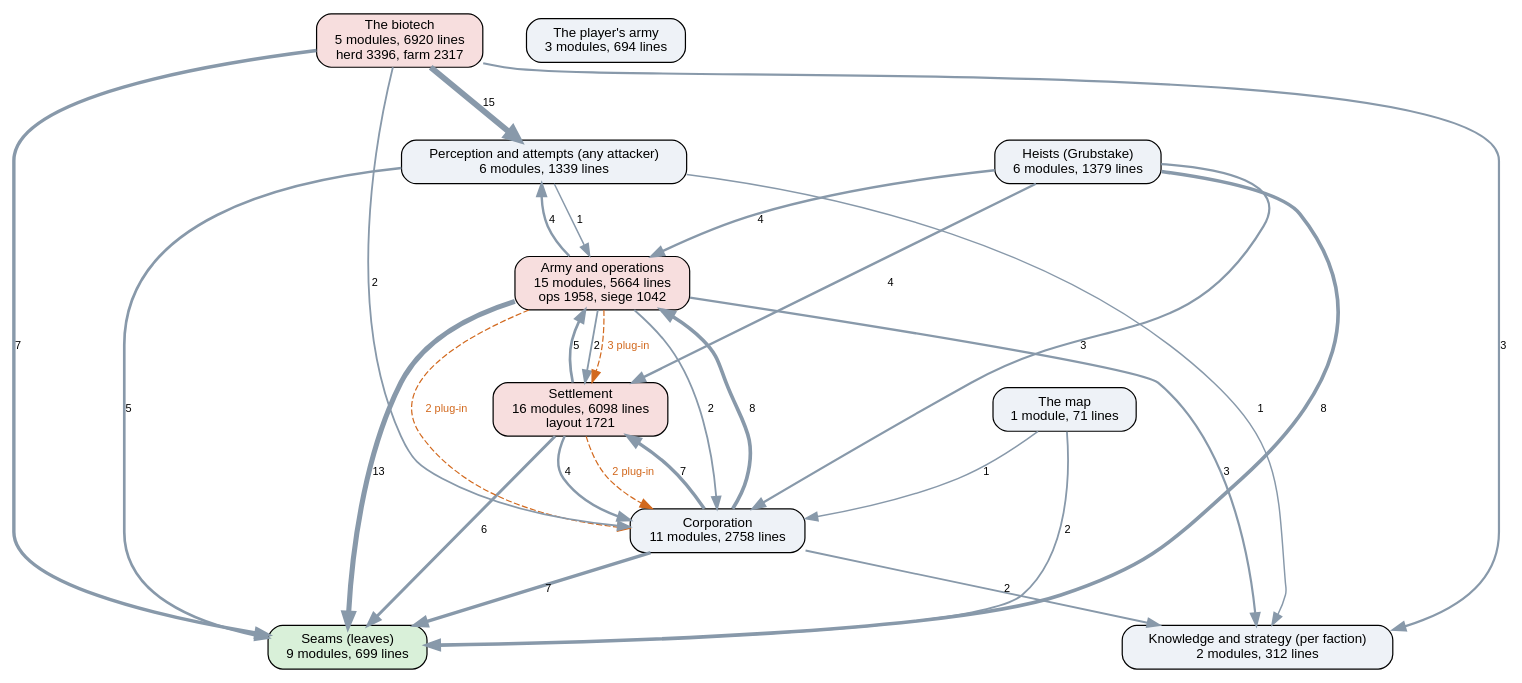
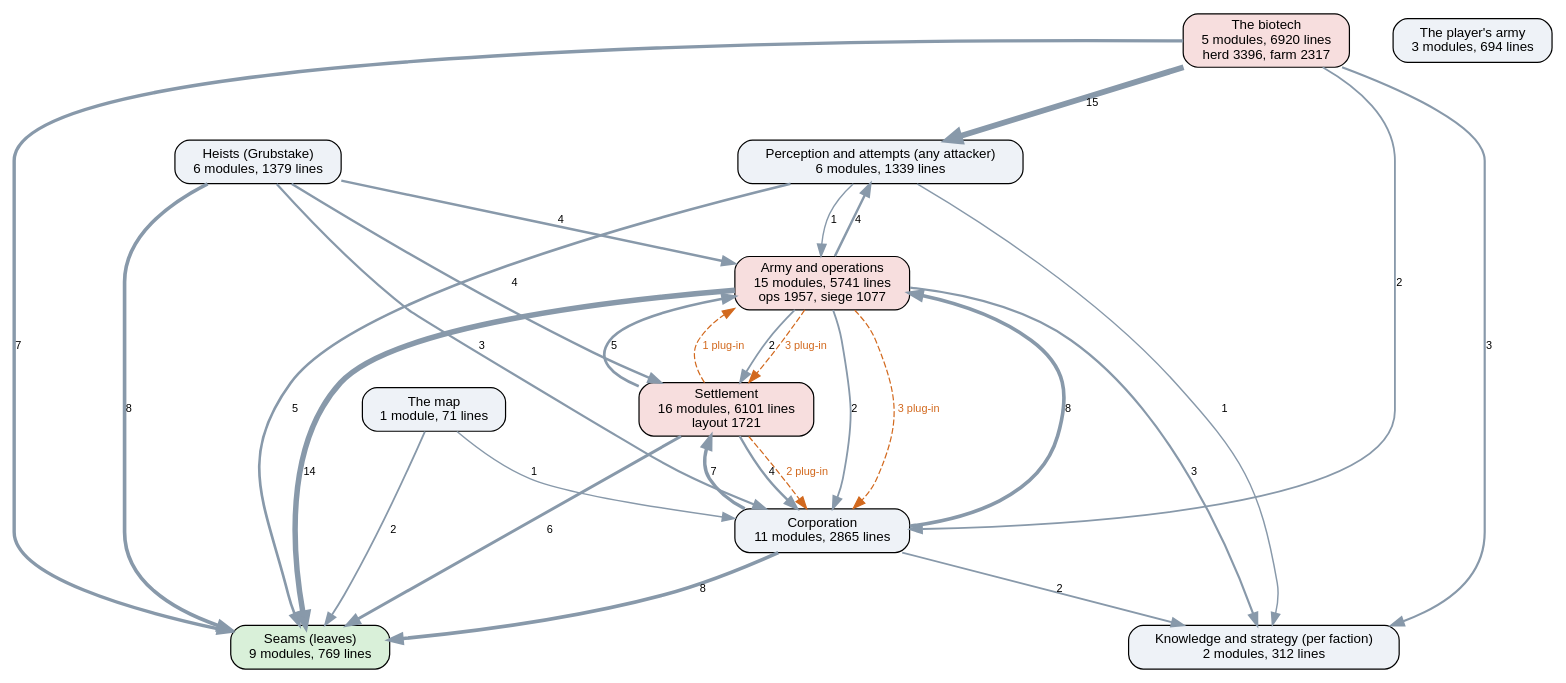
The diagram in docs/ai-layers.dot (kinelhu/landing-party), drawn with Graphviz before and after one commit. The commit also changed 18 other files, not shown here.

```diff
--- a/docs/ai-layers.dot
+++ b/docs/ai-layers.dot
@@ -1,43 +1,44 @@
 digraph layers {
   graph [rankdir=TB, fontname="Helvetica", nodesep=0.5, ranksep=0.7];
   node [shape=box, style="rounded,filled", fontname="Helvetica", fontsize=11, fillcolor="#eef2f7"];
   edge [color="#8899aa", fontname="Helvetica", fontsize=9];
-  "Seams (leaves)" [label="Seams (leaves)\n9 modules, 699 lines", fillcolor="#d9f0d9"];
+  "Seams (leaves)" [label="Seams (leaves)\n9 modules, 769 lines", fillcolor="#d9f0d9"];
   "Perception and attempts (any attacker)" [label="Perception and attempts (any attacker)\n6 modules, 1339 lines", fillcolor="#eef2f7"];
   "Knowledge and strategy (per faction)" [label="Knowledge and strategy (per faction)\n2 modules, 312 lines", fillcolor="#eef2f7"];
-  "Corporation" [label="Corporation\n11 modules, 2758 lines", fillcolor="#eef2f7"];
-  "Settlement" [label="Settlement\n16 modules, 6098 lines\nlayout 1721", fillcolor="#f7dede"];
-  "Army and operations" [label="Army and operations\n15 modules, 5664 lines\nops 1958, siege 1042", fillcolor="#f7dede"];
+  "Corporation" [label="Corporation\n11 modules, 2865 lines", fillcolor="#eef2f7"];
+  "Settlement" [label="Settlement\n16 modules, 6101 lines\nlayout 1721", fillcolor="#f7dede"];
+  "Army and operations" [label="Army and operations\n15 modules, 5741 lines\nops 1957, siege 1077", fillcolor="#f7dede"];
   "Heists (Grubstake)" [label="Heists (Grubstake)\n6 modules, 1379 lines", fillcolor="#eef2f7"];
   "The biotech" [label="The biotech\n5 modules, 6920 lines\nherd 3396, farm 2317", fillcolor="#f7dede"];
   "The map" [label="The map\n1 module, 71 lines", fillcolor="#eef2f7"];
   "The player's army" [label="The player's army\n3 modules, 694 lines", fillcolor="#eef2f7"];
   "Army and operations" -> "Corporation" [label="2", penwidth=1.5];
   "Army and operations" -> "Knowledge and strategy (per faction)" [label="3", penwidth=1.8];
   "Army and operations" -> "Perception and attempts (any attacker)" [label="4", penwidth=2.0];
-  "Army and operations" -> "Seams (leaves)" [label="13", penwidth=4.2];
+  "Army and operations" -> "Seams (leaves)" [label="14", penwidth=4.5];
   "Army and operations" -> "Settlement" [label="2", penwidth=1.5];
   "Corporation" -> "Army and operations" [label="8", penwidth=3.0];
   "Corporation" -> "Knowledge and strategy (per faction)" [label="2", penwidth=1.5];
-  "Corporation" -> "Seams (leaves)" [label="7", penwidth=2.8];
+  "Corporation" -> "Seams (leaves)" [label="8", penwidth=3.0];
   "Corporation" -> "Settlement" [label="7", penwidth=2.8];
   "Heists (Grubstake)" -> "Army and operations" [label="4", penwidth=2.0];
   "Heists (Grubstake)" -> "Corporation" [label="3", penwidth=1.8];
   "Heists (Grubstake)" -> "Seams (leaves)" [label="8", penwidth=3.0];
   "Heists (Grubstake)" -> "Settlement" [label="4", penwidth=2.0];
   "Perception and attempts (any attacker)" -> "Army and operations" [label="1", penwidth=1.2];
   "Perception and attempts (any attacker)" -> "Knowledge and strategy (per faction)" [label="1", penwidth=1.2];
   "Perception and attempts (any attacker)" -> "Seams (leaves)" [label="5", penwidth=2.2];
   "Settlement" -> "Army and operations" [label="5", penwidth=2.2];
   "Settlement" -> "Corporation" [label="4", penwidth=2.0];
   "Settlement" -> "Seams (leaves)" [label="6", penwidth=2.5];
   "The biotech" -> "Corporation" [label="2", penwidth=1.5];
   "The biotech" -> "Knowledge and strategy (per faction)" [label="3", penwidth=1.8];
   "The biotech" -> "Perception and attempts (any attacker)" [label="15", penwidth=4.8];
   "The biotech" -> "Seams (leaves)" [label="7", penwidth=2.8];
   "The map" -> "Corporation" [label="1", penwidth=1.2];
   "The map" -> "Seams (leaves)" [label="2", penwidth=1.5];
-  "Army and operations" -> "Corporation" [style=dashed, color="#d2691e", fontcolor="#d2691e", label="2 plug-in"];
+  "Army and operations" -> "Corporation" [style=dashed, color="#d2691e", fontcolor="#d2691e", label="3 plug-in"];
   "Army and operations" -> "Settlement" [style=dashed, color="#d2691e", fontcolor="#d2691e", label="3 plug-in"];
+  "Settlement" -> "Army and operations" [style=dashed, color="#d2691e", fontcolor="#d2691e", label="1 plug-in"];
   "Settlement" -> "Corporation" [style=dashed, color="#d2691e", fontcolor="#d2691e", label="2 plug-in"];
 }
```
